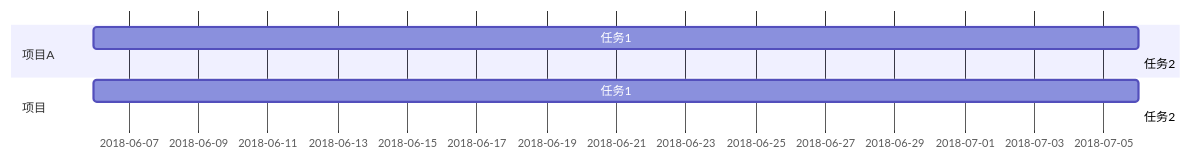
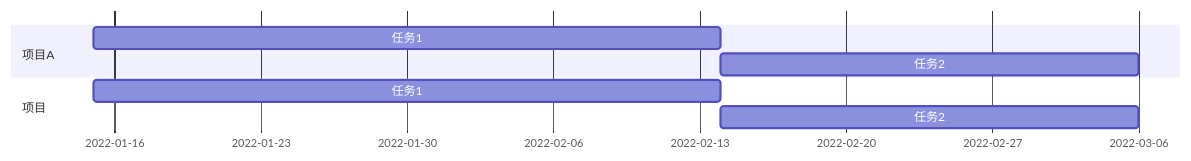
One commit to Face-recognition-punching-system/.github changed the third of 3 diagrams in profile/README.md. Above: the diagram before and after it, drawn with Mermaid. The commit also changed other lines of this file and 1 other file, not shown here.

````diff
--- a/profile/README.md
+++ b/profile/README.md
@@ -67,12 +76,12 @@
 ```mermaid
 gantt
 dateFormat YYYY-MM-DD
 
 section 项目A
-任务1 :a1, 2018-06-06, 30d
-任务2 :after a1 , 20
+任务1 :a1, 2022-1-15, 30d
+任务2 :after a1 , 20d
 
 section 项目
-任务1 :a1, 2018-06-06, 30d
-任务2 :after a1 , 20
+任务1 :a1, 2022-1-15, 30d
+任务2 :after a1 , 20d
 ```
````
